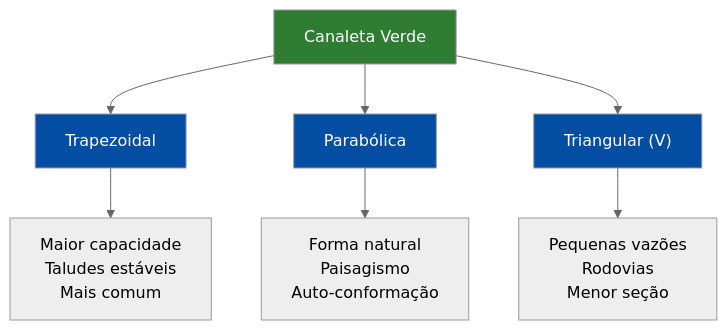
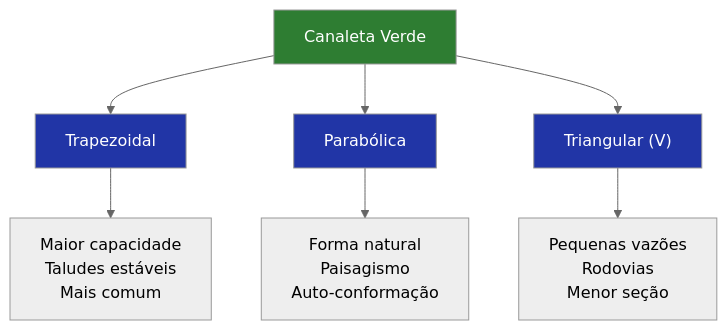
The first of 5 diagrams in aulas/bioengenharia_de_solos/aulas/canaleta_verde/canaleta_verde.qmd (ldvsantos/cv), drawn with Mermaid (neutral theme) before and after one commit. The commit also changed other lines of this file and 466 other files, not shown here.

````diff
--- a/aulas/bioengenharia_de_solos/aulas/canaleta_verde/canaleta_verde.qmd
+++ b/aulas/bioengenharia_de_solos/aulas/canaleta_verde/canaleta_verde.qmd
@@ -142,14 +140,14 @@
 ```{mermaid}
 %%| fig-width: 5
 flowchart TD
     A["Canaleta Verde"] --> B["Trapezoidal"]
     A --> C["Parabólica"]
     A --> D["Triangular (V)"]
     B --> E["Maior capacidade<br>Taludes estáveis<br>Mais comum"]
     C --> F["Forma natural<br>Paisagismo<br>Auto-conformação"]
     D --> G["Pequenas vazões<br>Rodovias<br>Menor seção"]
     style A fill:#2E7D32,color:#fff
-    style B fill:#034EA2,color:#fff
-    style C fill:#034EA2,color:#fff
-    style D fill:#034EA2,color:#fff
+    style B fill:#2135A6,color:#fff
+    style C fill:#2135A6,color:#fff
+    style D fill:#2135A6,color:#fff
 ```
````
